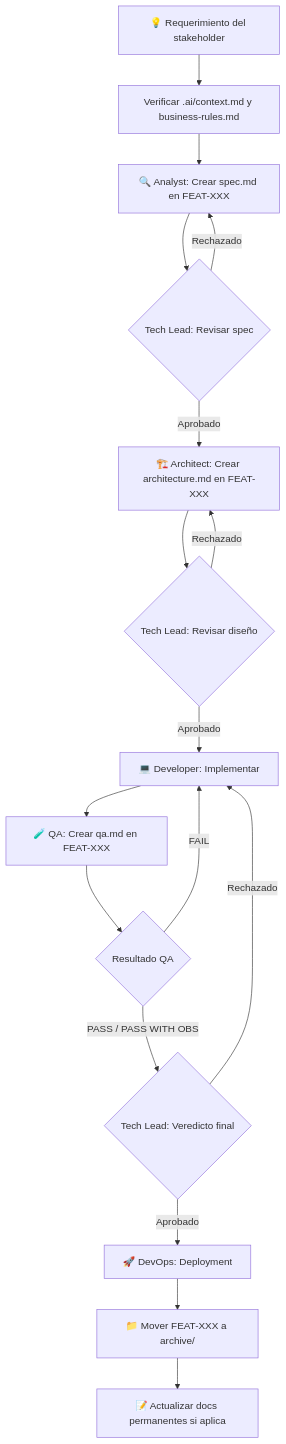
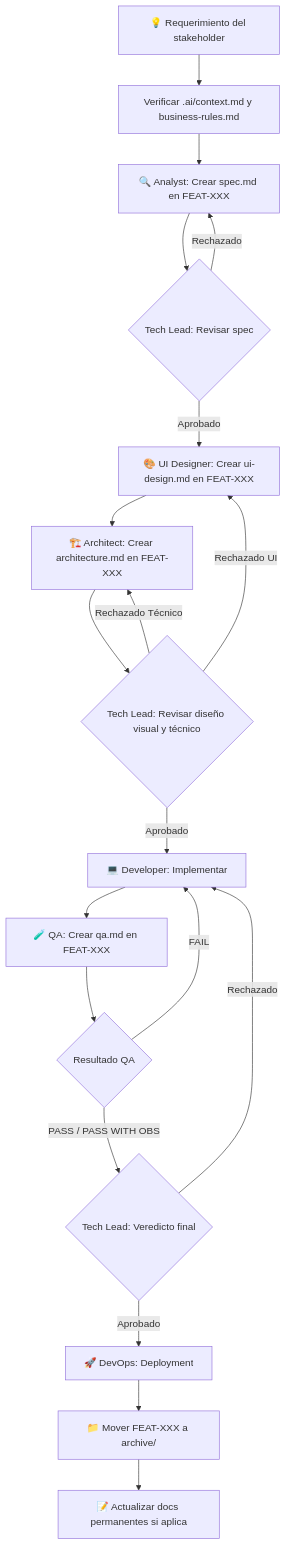
One commit to ezequielmendoza-dev/ai-agents changed the diagram in workflows/new-feature.md. Above: the diagram before and after it, drawn with Mermaid. The commit also changed other lines of this file and 10 other files, not shown here.

````diff
--- a/workflows/new-feature.md
+++ b/workflows/new-feature.md
@@ -18,19 +18,21 @@
 ```mermaid
 flowchart TD
     A[💡 Requerimiento del stakeholder] --> B[Verificar .ai/context.md y business-rules.md]
     B --> C[🔍 Analyst: Crear spec.md en FEAT-XXX]
     C --> D{Tech Lead: Revisar spec}
     D -->|Rechazado| C
-    D -->|Aprobado| E[🏗️ Architect: Crear architecture.md en FEAT-XXX]
-    E --> F{Tech Lead: Revisar diseño}
-    F -->|Rechazado| E
+    D -->|Aprobado| UI[🎨 UI Designer: Crear ui-design.md en FEAT-XXX]
+    UI --> E[🏗️ Architect: Crear architecture.md en FEAT-XXX]
+    E --> F{Tech Lead: Revisar diseño visual y técnico}
+    F -->|Rechazado UI| UI
+    F -->|Rechazado Técnico| E
     F -->|Aprobado| G[💻 Developer: Implementar]
     G --> H[🧪 QA: Crear qa.md en FEAT-XXX]
     H --> I{Resultado QA}
     I -->|FAIL| G
     I -->|PASS / PASS WITH OBS| J{Tech Lead: Veredicto final}
     J -->|Rechazado| G
     J -->|Aprobado| K[🚀 DevOps: Deployment]
     K --> L[📁 Mover FEAT-XXX a archive/]
     L --> M[📝 Actualizar docs permanentes si aplica]
 ```
````
